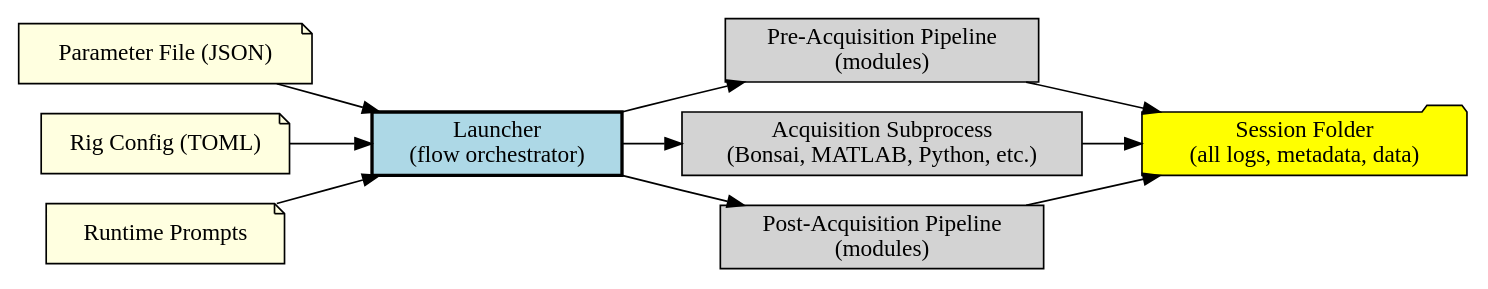
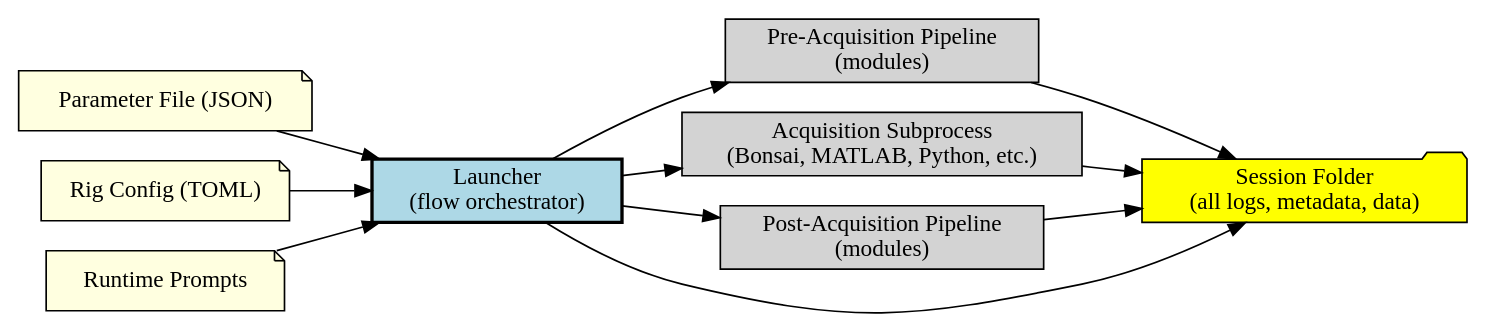
The first of 2 diagrams in docs/source/architecture.rst (AllenNeuralDynamics/openscope-experimental-launcher), drawn with Graphviz before and after one commit. The commit also changed other lines of this file, not shown here.

Commit message:
Diagram: explicitly show launcher writes to session folder

```diff
--- a/docs/source/architecture.rst
+++ b/docs/source/architecture.rst
@@ -7,25 +7,26 @@
 .. graphviz::
 
    digraph experiment_flow {
        rankdir=LR;
        node [shape=box, style=filled, fillcolor=lightgray];
 
        ParamFile [label="Parameter File (JSON)", shape=note, fillcolor=lightyellow];
        RigConfigFile [label="Rig Config (TOML)", shape=note, fillcolor=lightyellow];
        RuntimePrompt [label="Runtime Prompts", shape=note, fillcolor=lightyellow];
        Launcher [label="Launcher\n(flow orchestrator)", shape=box, fillcolor=lightblue, style="filled,bold"];
        PrePipeline [label="Pre-Acquisition Pipeline\n(modules)"];
        Acquisition [label="Acquisition Subprocess\n(Bonsai, MATLAB, Python, etc.)"];
        PostPipeline [label="Post-Acquisition Pipeline\n(modules)"];
        SessionFolder [label="Session Folder\n(all logs, metadata, data)", shape=folder, fillcolor=yellow];
 
        ParamFile -> Launcher;
        RigConfigFile -> Launcher;
        RuntimePrompt -> Launcher;
        Launcher -> PrePipeline;
        PrePipeline -> SessionFolder;
        Launcher -> Acquisition;
        Acquisition -> SessionFolder;
        Launcher -> PostPipeline;
        PostPipeline -> SessionFolder;
+       Launcher -> SessionFolder; // <-- Launcher writes directly to session folder
    }
```
